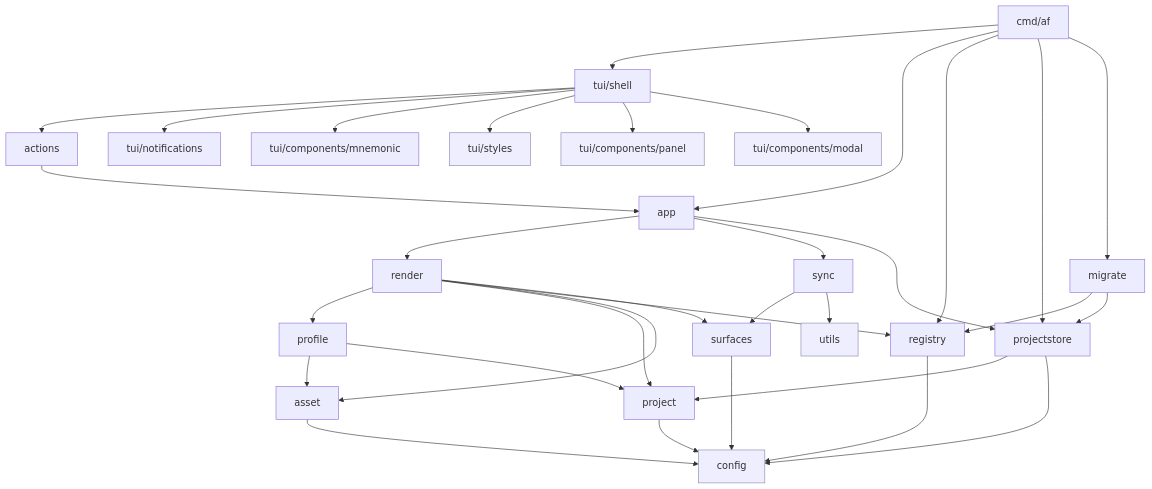
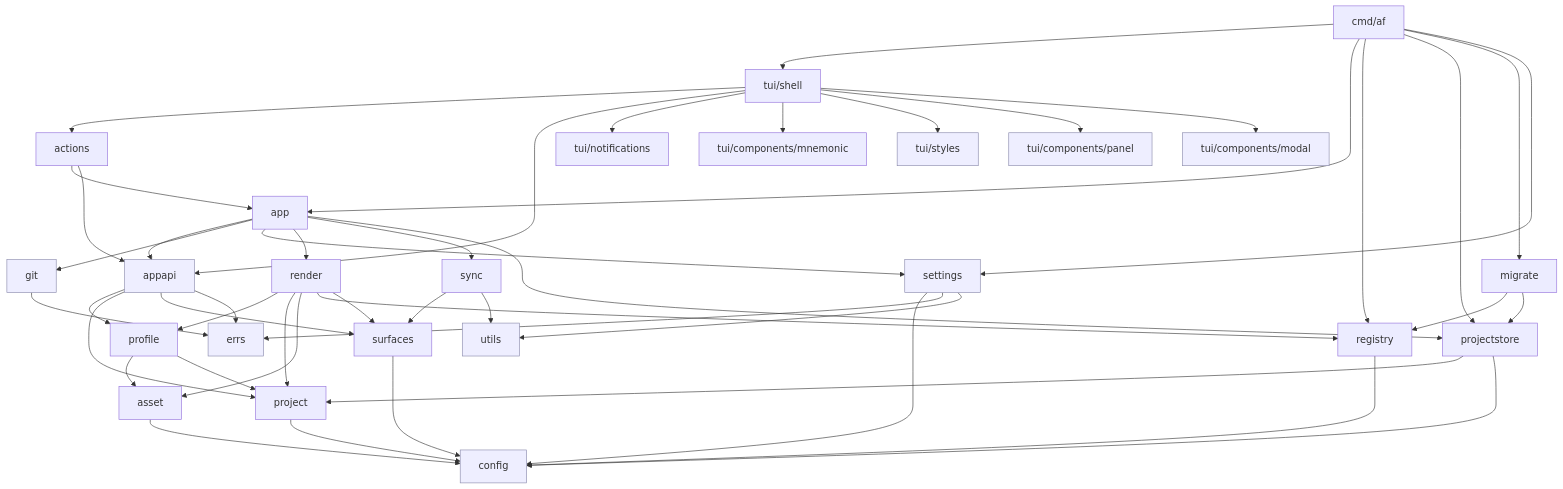
The diagram in docs/architecture/05-building-block-view.md (Hexworks/agentfiles), drawn with Mermaid before and after one commit. The commit also changed other lines of this file and 36 other files, not shown here.

````diff
--- a/docs/architecture/05-building-block-view.md
+++ b/docs/architecture/05-building-block-view.md
@@ -8,38 +8,52 @@
 ```mermaid
 flowchart TD
     cmdaf["cmd/af"] --> tui_shell["tui/shell"]
     cmdaf --> app
     cmdaf --> registry
     cmdaf --> projectstore
     cmdaf --> migrate
     tui_shell --> actions
+    tui_shell --> appapi
     tui_shell --> tui_notifications["tui/notifications"]
     tui_shell --> tui_mnemonic["tui/components/mnemonic"]
     tui_shell --> tui_styles["tui/styles"]
     tui_shell --> tui_components_panel["tui/components/panel"]
     actions --> app
+    actions --> appapi
+    app --> appapi
+    app --> git
+    app --> settings
     app --> render
     app --> sync
     app --> projectstore
+    appapi --> profile
+    appapi --> project
+    appapi --> surfaces
+    appapi --> errs
+    settings --> config
+    settings --> errs
+    settings --> utils
+    git --> errs
+    cmdaf --> settings
     render --> profile
     render --> project
     render --> asset
     render --> registry
     render --> surfaces
     sync --> surfaces
     sync --> utils
     profile --> asset
     profile --> project
     projectstore --> project
     projectstore --> config
     migrate --> registry
     migrate --> projectstore
     asset --> config
     project --> config
     registry --> config
     surfaces --> config
     tui_shell --> tui_components_modal["tui/components/modal"]
 
     classDef leaf fill:#eef,stroke:#88a;
-    class config,errs,utils,tui_components_modal,tui_styles,tui_components_panel leaf;
+    class config,errs,utils,tui_components_modal,tui_styles,tui_components_panel,appapi,git,settings leaf;
 ```
````
